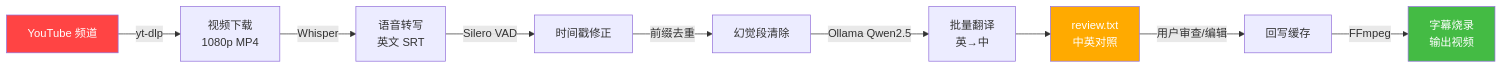
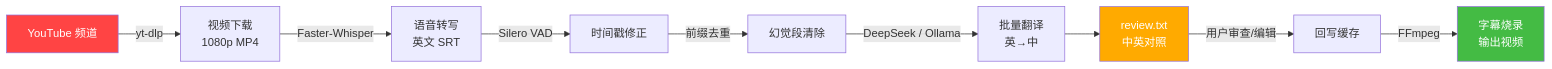
The first of 2 diagrams in README.md (imgaayeoll-arch/VlogTrans), drawn with Mermaid before and after one commit. The commit also changed other lines of this file, not shown here.

Commit message:
docs: update README for faster-whisper migration and DeepSeek backend

````diff
--- a/README.md
+++ b/README.md
@@ -33,15 +34,15 @@
 ```mermaid
 flowchart LR
     A[YouTube 频道] -->|yt-dlp| B[视频下载<br/>1080p MP4]
-    B -->|Whisper| C[语音转写<br/>英文 SRT]
+    B -->|Faster-Whisper| C[语音转写<br/>英文 SRT]
     C -->|Silero VAD| D[时间戳修正]
     D -->|前缀去重| E[幻觉段清除]
-    E -->|Ollama Qwen2.5| F[批量翻译<br/>英→中]
+    E -->|DeepSeek / Ollama| F[批量翻译<br/>英→中]
     F --> G[review.txt<br/>中英对照]
     G -->|用户审查/编辑| H[回写缓存]
     H -->|FFmpeg| I[字幕烧录<br/>输出视频]
 
     style A fill:#ff4444,color:#fff
     style I fill:#44bb44,color:#fff
     style G fill:#ffaa00,color:#fff
 ```
````
